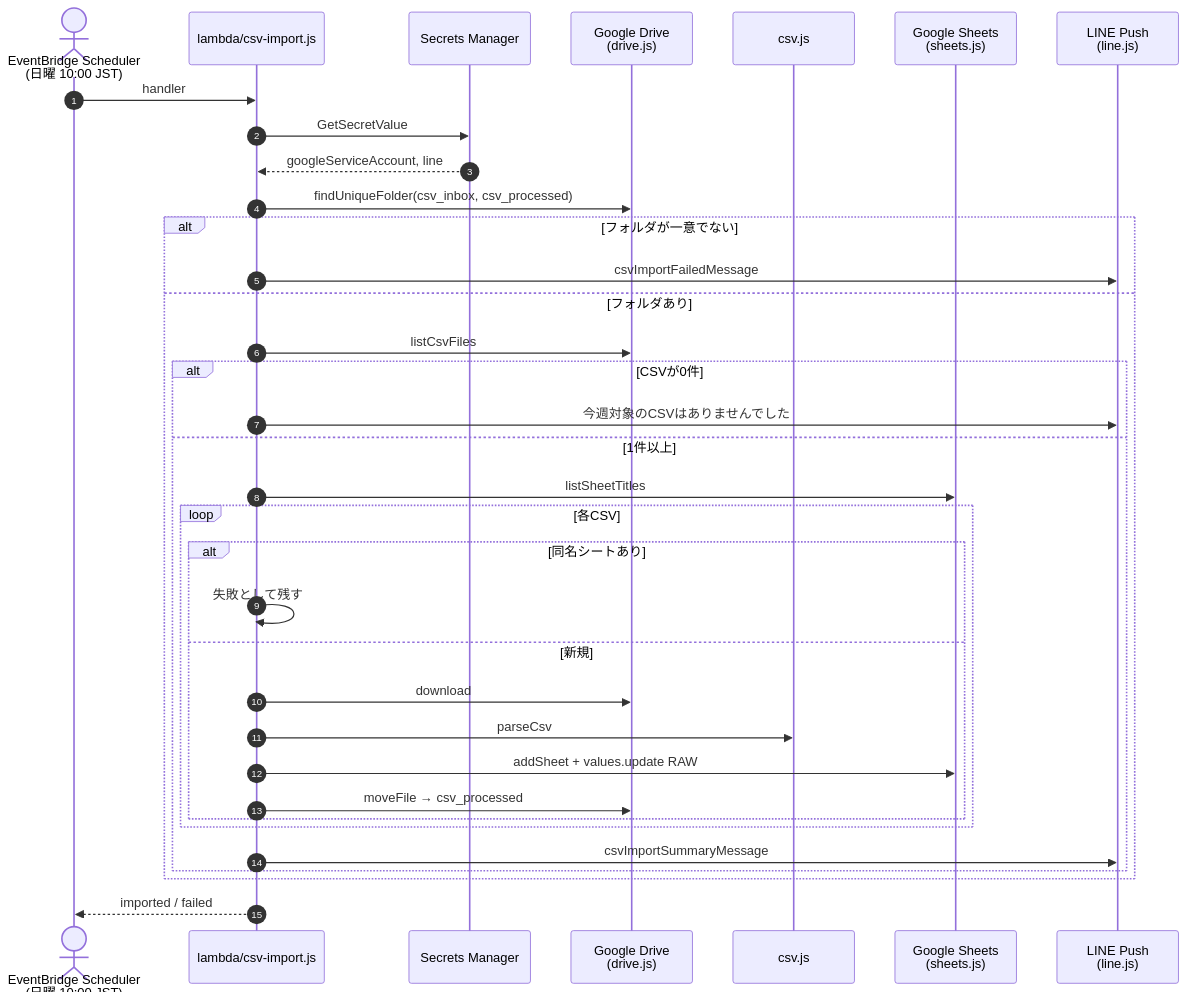
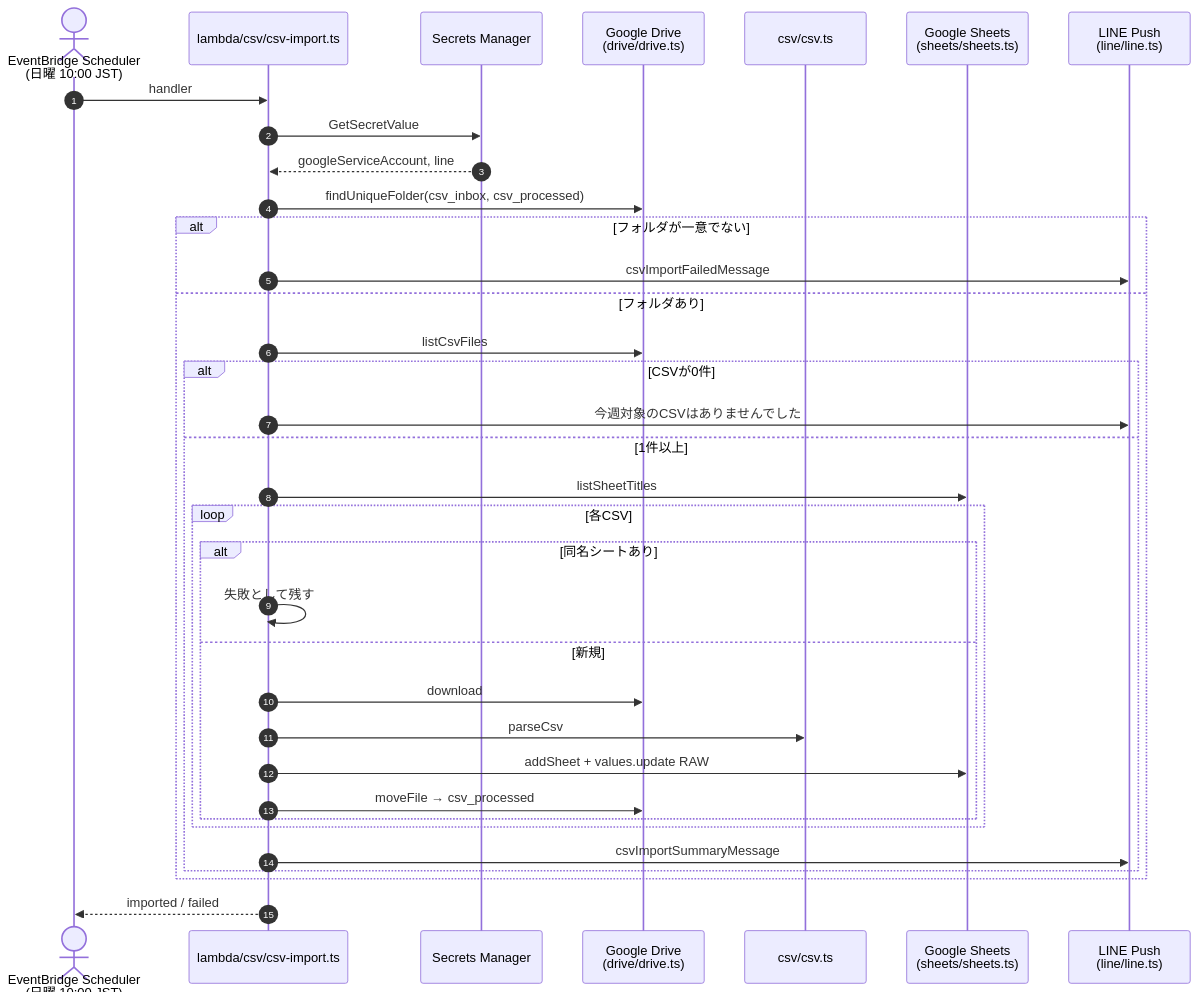
Before and after one commit to suzy1031/transcribe-save-to-notes-app: the fifth of 5 diagrams in specifications/request-sequence.md, drawn with Mermaid. The commit also changed other lines of this file and 3 other files, not shown here.

Commit message:
docs: specifications/ 配下の設計書・シーケンス図を TypeScript・Bun 移行後の構成に更新する

````diff
--- a/specifications/request-sequence.md
+++ b/specifications/request-sequence.md
@@ -254,38 +264,38 @@
 ```mermaid
 sequenceDiagram
     autonumber
     actor Scheduler as EventBridge Scheduler<br/>(日曜 10:00 JST)
-    participant Csv as lambda/csv-import.js
+    participant Csv as lambda/csv/csv-import.ts
     participant SM as Secrets Manager
-    participant Drive as Google Drive<br/>(drive.js)
-    participant Parse as csv.js
-    participant Sheets as Google Sheets<br/>(sheets.js)
-    participant Line as LINE Push<br/>(line.js)
+    participant Drive as Google Drive<br/>(drive/drive.ts)
+    participant Parse as csv/csv.ts
+    participant Sheets as Google Sheets<br/>(sheets/sheets.ts)
+    participant Line as LINE Push<br/>(line/line.ts)
 
     Scheduler->>Csv: handler
     Csv->>SM: GetSecretValue
     SM-->>Csv: googleServiceAccount, line
     Csv->>Drive: findUniqueFolder(csv_inbox, csv_processed)
     alt フォルダが一意でない
         Csv->>Line: csvImportFailedMessage
     else フォルダあり
         Csv->>Drive: listCsvFiles
         alt CSVが0件
             Csv->>Line: 今週対象のCSVはありませんでした
         else 1件以上
             Csv->>Sheets: listSheetTitles
             loop 各CSV
                 alt 同名シートあり
                     Csv->>Csv: 失敗として残す
                 else 新規
                     Csv->>Drive: download
                     Csv->>Parse: parseCsv
                     Csv->>Sheets: addSheet + values.update RAW
                     Csv->>Drive: moveFile → csv_processed
                 end
             end
             Csv->>Line: csvImportSummaryMessage
         end
     end
     Csv-->>Scheduler: imported / failed
 ```
````
